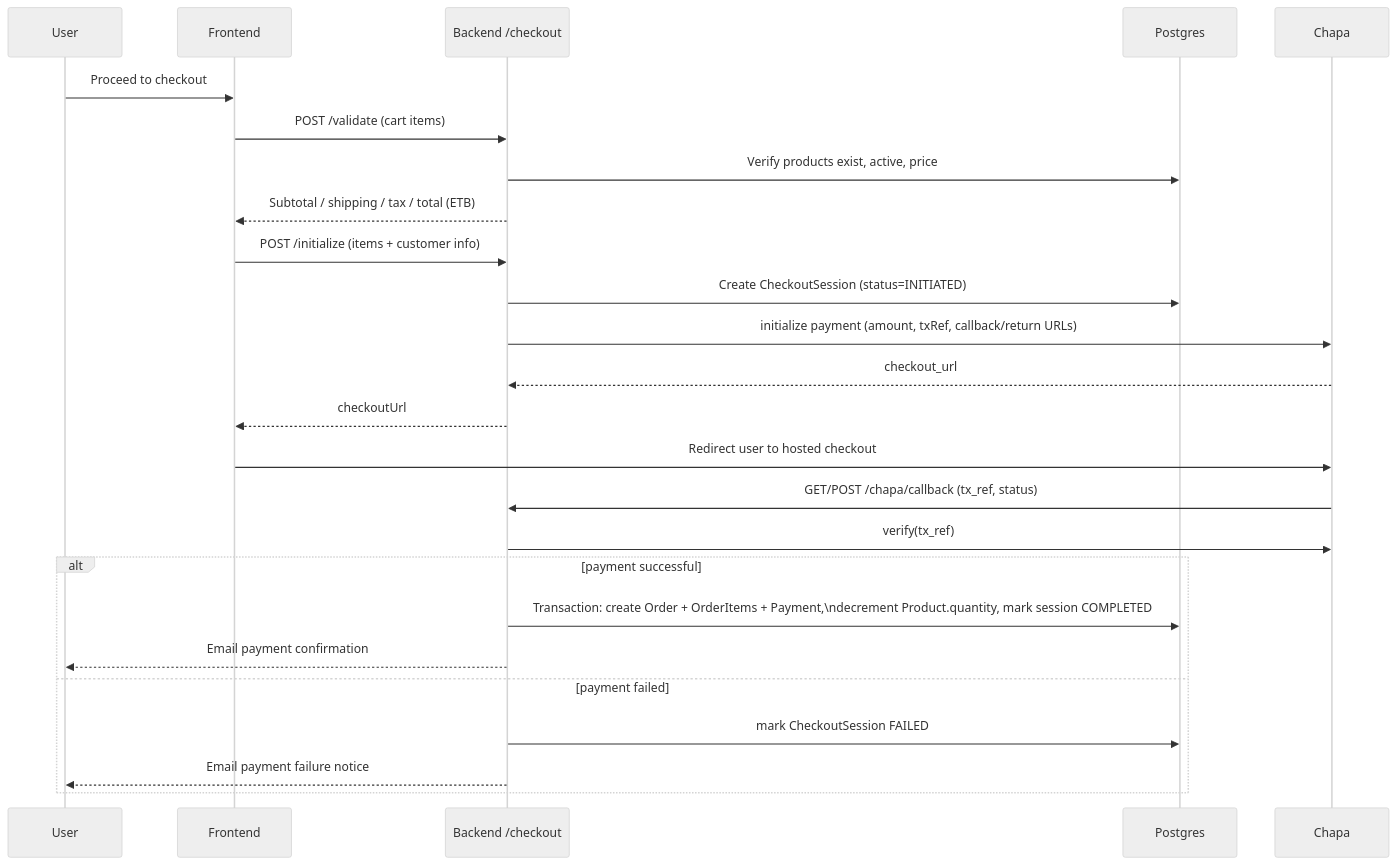
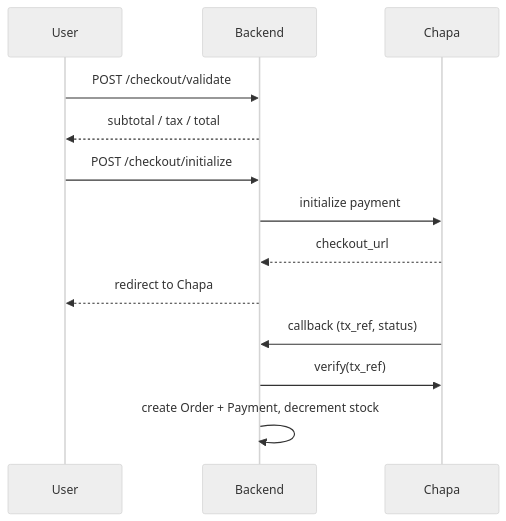
The second of 3 diagrams in README.md (PixelNoah-ui/E-commerce), drawn with Mermaid (neutral theme) before and after one commit. The commit also changed other lines of this file, not shown here.

````diff
--- a/README.md
+++ b/README.md
@@ -237,28 +118,16 @@
 ```mermaid
 sequenceDiagram
     participant U as User
-    participant FE as Frontend
-    participant API as Backend /checkout
-    participant DB as Postgres
+    participant API as Backend
     participant Chapa as Chapa
 
-    U->>FE: Proceed to checkout
-    FE->>API: POST /validate (cart items)
-    API->>DB: Verify products exist, active, price
-    API-->>FE: Subtotal / shipping / tax / total (ETB)
-    FE->>API: POST /initialize (items + customer info)
-    API->>DB: Create CheckoutSession (status=INITIATED)
-    API->>Chapa: initialize payment (amount, txRef, callback/return URLs)
+    U->>API: POST /checkout/validate
+    API-->>U: subtotal / tax / total
+    U->>API: POST /checkout/initialize
+    API->>Chapa: initialize payment
     Chapa-->>API: checkout_url
-    API-->>FE: checkoutUrl
-    FE->>Chapa: Redirect user to hosted checkout
-    Chapa->>API: GET/POST /chapa/callback (tx_ref, status)
+    API-->>U: redirect to Chapa
+    Chapa->>API: callback (tx_ref, status)
     API->>Chapa: verify(tx_ref)
-    alt payment successful
-        API->>DB: Transaction: create Order + OrderItems + Payment,\ndecrement Product.quantity, mark session COMPLETED
-        API-->>U: Email payment confirmation
-    else payment failed
-        API->>DB: mark CheckoutSession FAILED
-        API-->>U: Email payment failure notice
-    end
+    API->>API: create Order + Payment, decrement stock
 ```
````
